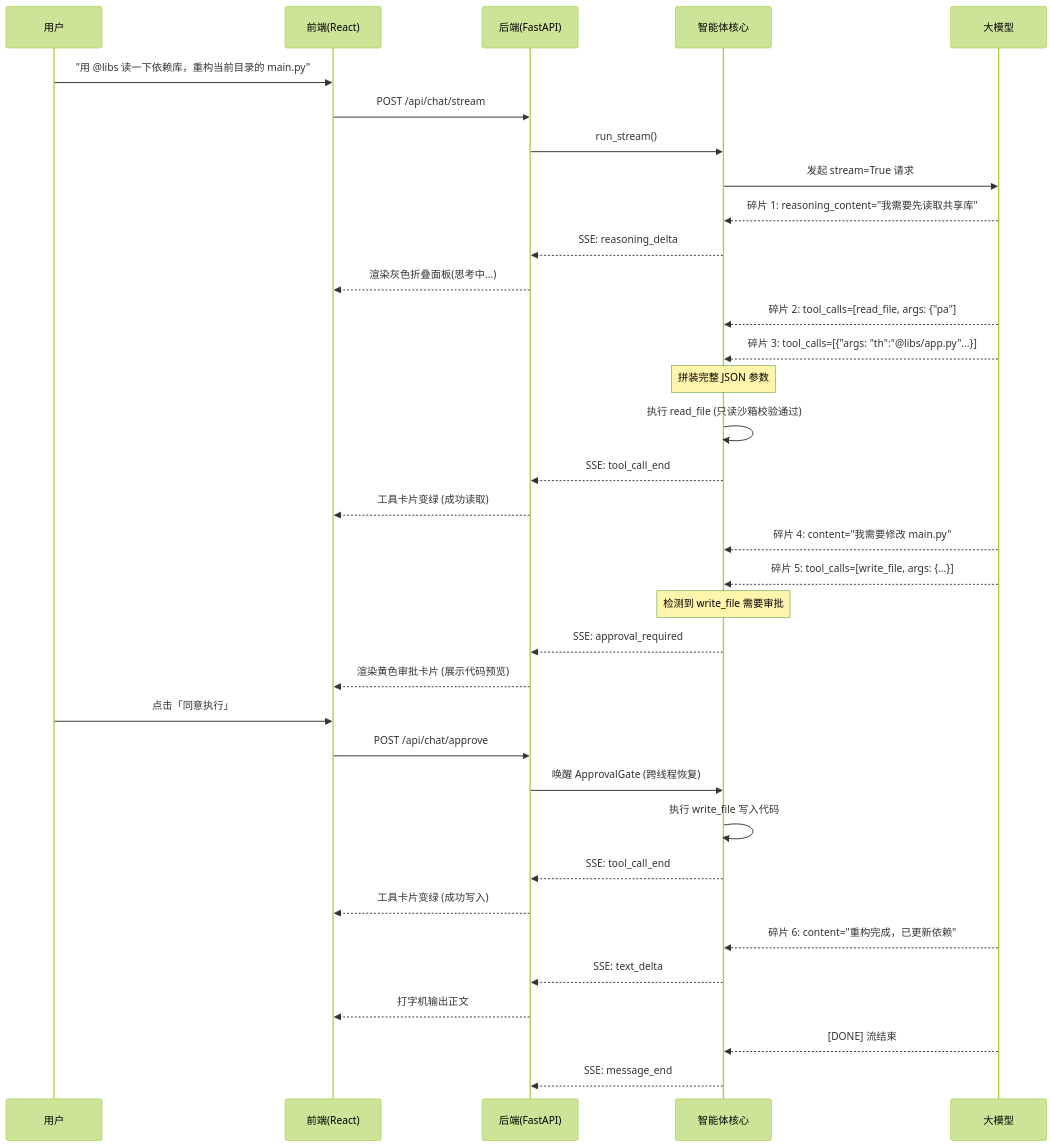
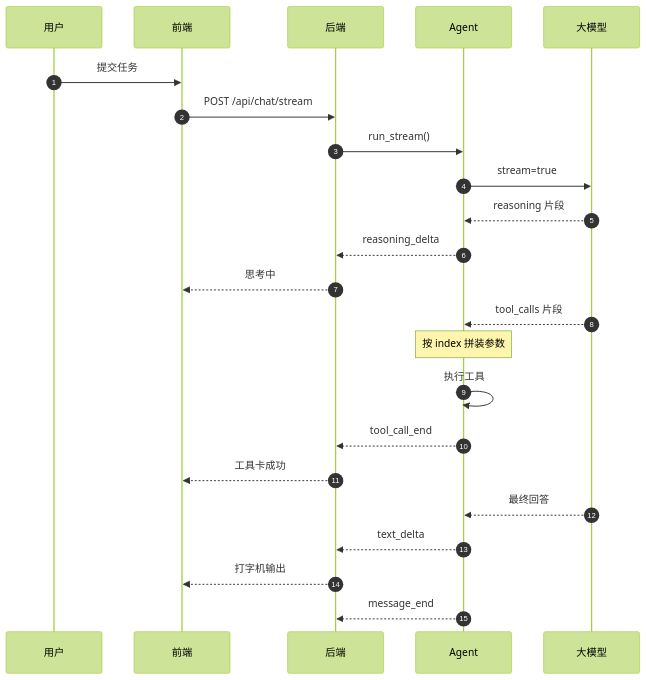
One commit to staller12311/Nexus changed the second of 3 diagrams in README.md. Above: the diagram before and after it, drawn with Mermaid (forest theme). The commit also changed other lines of this file and 4 other files, not shown here.

````diff
--- a/README.md
+++ b/README.md
@@ -67,43 +78,26 @@
 ```mermaid
 sequenceDiagram
+    autonumber
     participant U as 用户
-    participant FE as 前端(React)
-    participant BE as 后端(FastAPI)
-    participant Agent as 智能体核心
+    participant FE as 前端
+    participant BE as 后端
+    participant Agent as Agent
     participant LLM as 大模型
 
-    U->>FE: "用 @libs 读一下依赖库，重构当前目录的 main.py"
+    U->>FE: 提交任务
     FE->>BE: POST /api/chat/stream
     BE->>Agent: run_stream()
-    Agent->>LLM: 发起 stream=True 请求
-    
-    LLM-->>Agent: 碎片 1: reasoning_content="我需要先读取共享库"
-    Agent-->>BE: SSE: reasoning_delta
-    BE-->>FE: 渲染灰色折叠面板(思考中...)
-    
-    LLM-->>Agent: 碎片 2: tool_calls=[read_file, args: {"pa"]
-    LLM-->>Agent: 碎片 3: tool_calls=[{"args: "th":"@libs/app.py"...}]
-    Note over Agent: 拼装完整 JSON 参数
-    Agent->>Agent: 执行 read_file (只读沙箱校验通过)
-    Agent-->>BE: SSE: tool_call_end
-    BE-->>FE: 工具卡片变绿 (成功读取)
-    
-    LLM-->>Agent: 碎片 4: content="我需要修改 main.py"
-    LLM-->>Agent: 碎片 5: tool_calls=[write_file, args: {...}]
-    Note over Agent: 检测到 write_file 需要审批
-    Agent-->>BE: SSE: approval_required
-    BE-->>FE: 渲染黄色审批卡片 (展示代码预览)
-    
-    U->>FE: 点击「同意执行」
-    FE->>BE: POST /api/chat/approve
-    BE->>Agent: 唤醒 ApprovalGate (跨线程恢复)
-    Agent->>Agent: 执行 write_file 写入代码
-    Agent-->>BE: SSE: tool_call_end
-    BE-->>FE: 工具卡片变绿 (成功写入)
-    
-    LLM-->>Agent: 碎片 6: content="重构完成，已更新依赖"
-    Agent-->>BE: SSE: text_delta
-    BE-->>FE: 打字机输出正文
-    LLM-->>Agent: [DONE] 流结束
-    Agent-->>BE: SSE: message_end
+    Agent->>LLM: stream=true
+    LLM-->>Agent: reasoning 片段
+    Agent-->>BE: reasoning_delta
+    BE-->>FE: 思考中
+    LLM-->>Agent: tool_calls 片段
+    Note over Agent: 按 index 拼装参数
+    Agent->>Agent: 执行工具
+    Agent-->>BE: tool_call_end
+    BE-->>FE: 工具卡成功
+    LLM-->>Agent: 最终回答
+    Agent-->>BE: text_delta
+    BE-->>FE: 打字机输出
+    Agent-->>BE: message_end
 ```
````
